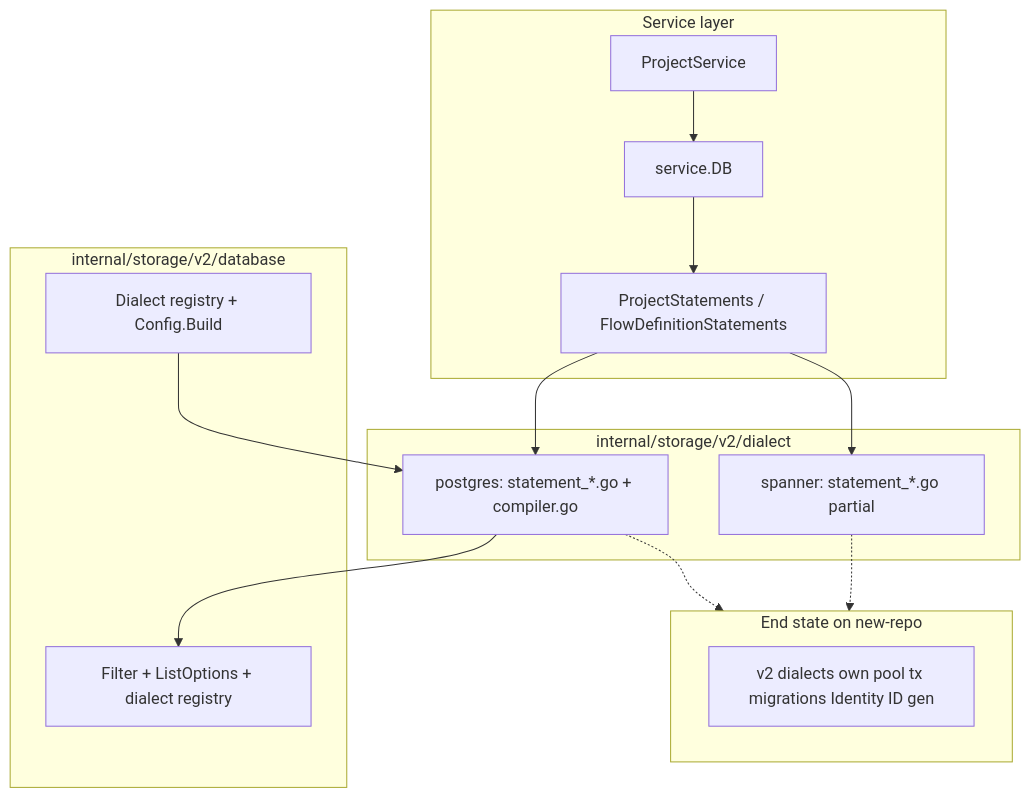
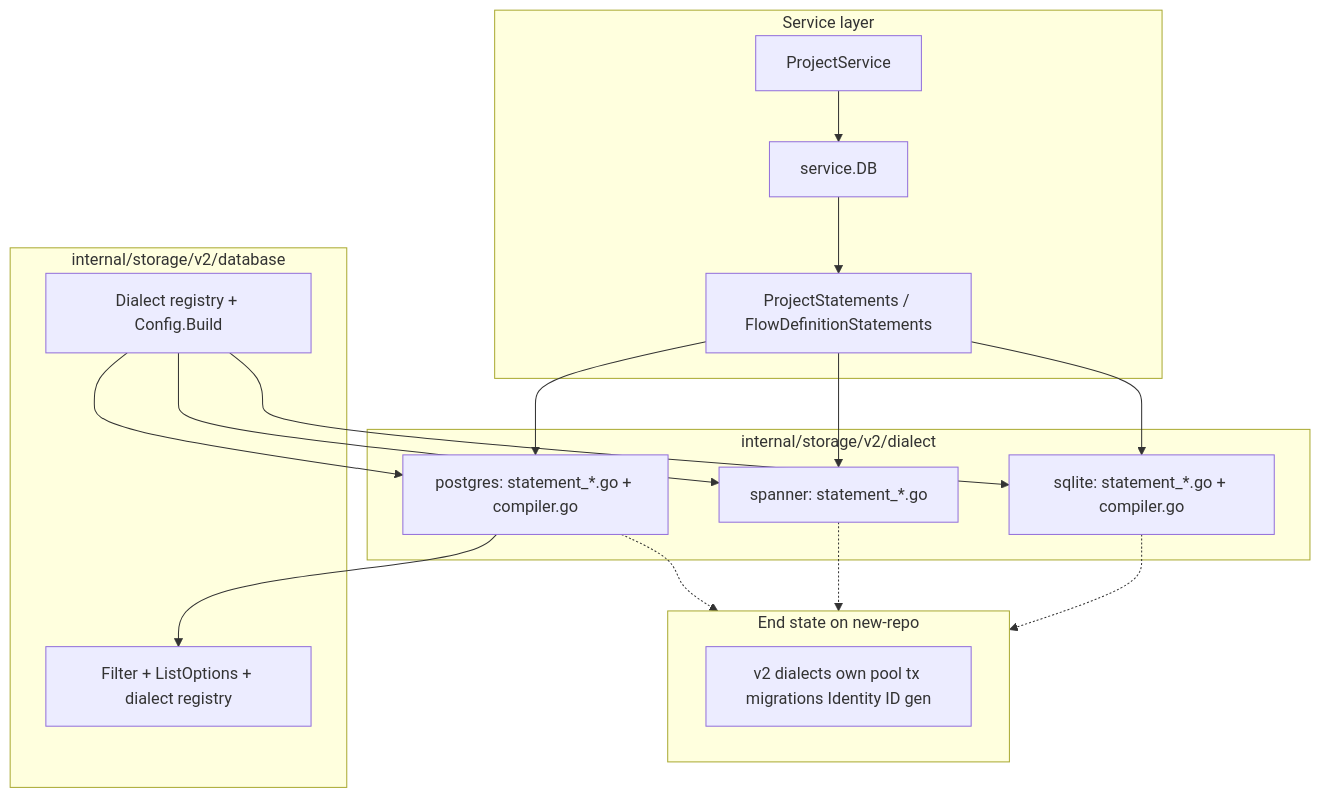
One commit to zitadel/nextgen changed the first of 2 diagrams in docs/adrs/028-storage-v2-statements-and-dialects.md. Above: the diagram before and after it, drawn with Mermaid. The commit also changed other lines of this file and 24 other files, not shown here.

First line of the commit message:
docs: document SQLite, PostgreSQL, and Spanner backends

````diff
--- a/docs/adrs/028-storage-v2-statements-and-dialects.md
+++ b/docs/adrs/028-storage-v2-statements-and-dialects.md
@@ -121,28 +125,33 @@
 ```mermaid
 flowchart TB
     subgraph serviceLayer [Service layer]
         ProjectService
         StatementIfaces["ProjectStatements / FlowDefinitionStatements"]
         serviceDB["service.DB"]
     end
     subgraph v2core [internal/storage/v2/database]
         CoreTypes["Filter + ListOptions + dialect registry"]
         DialectReg["Dialect registry + Config.Build"]
     end
     subgraph dialects [internal/storage/v2/dialect]
         pg["postgres: statement_*.go + compiler.go"]
-        sp["spanner: statement_*.go partial"]
+        sp["spanner: statement_*.go"]
+        sq["sqlite: statement_*.go + compiler.go"]
     end
     subgraph endState [End state on new-repo]
         v2Only["v2 dialects own pool tx migrations Identity ID gen"]
     end
 
     ProjectService --> serviceDB
     serviceDB --> StatementIfaces
     StatementIfaces --> pg
     StatementIfaces --> sp
+    StatementIfaces --> sq
     pg --> CoreTypes
     DialectReg --> pg
+    DialectReg --> sp
+    DialectReg --> sq
     pg -.-> endState
     sp -.-> endState
+    sq -.-> endState
 ```
````
